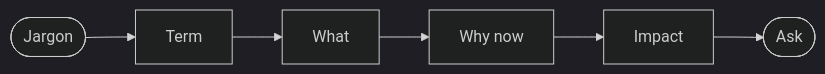
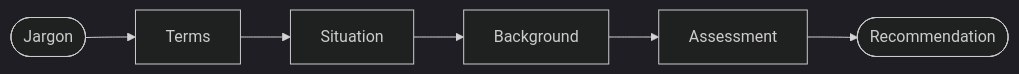
One commit to JR91387/vomit-jargon-ai-skill changed the diagram in README.md. Above: the diagram before and after it, drawn with Mermaid (dark theme). The commit also changed other lines of this file and 1 other file, not shown here.

First line of the commit message:
v5: T-SBAR format (Terms, Situation, Background, Assessment, Recommendation)

````diff
--- a/README.md
+++ b/README.md
@@ -15,4 +15,4 @@
 ```mermaid
 flowchart LR
-  A(["Jargon"]) --> B[Term] --> C[What] --> D[Why now] --> E[Impact] --> F([Ask])
+  A(["Jargon"]) --> B[Terms] --> C[Situation] --> D[Background] --> E[Assessment] --> F([Recommendation])
 ```
````
